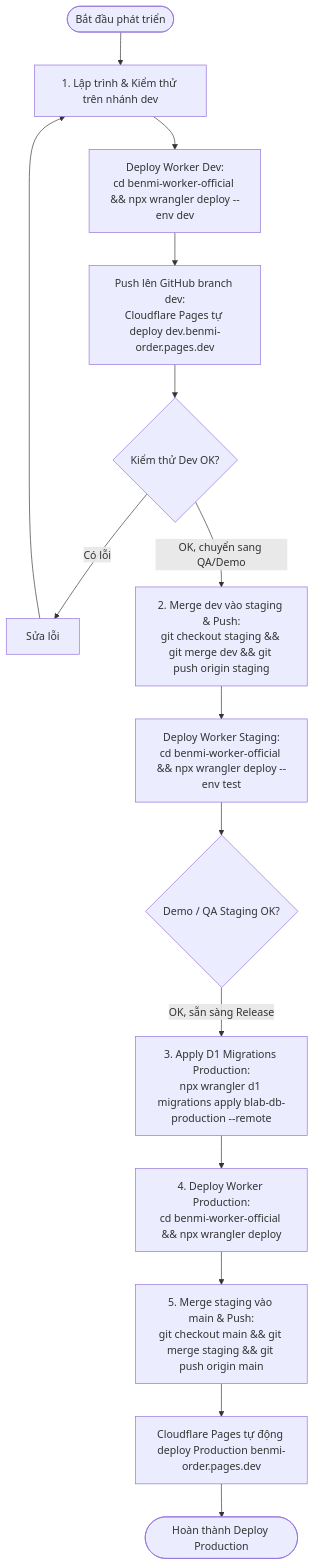
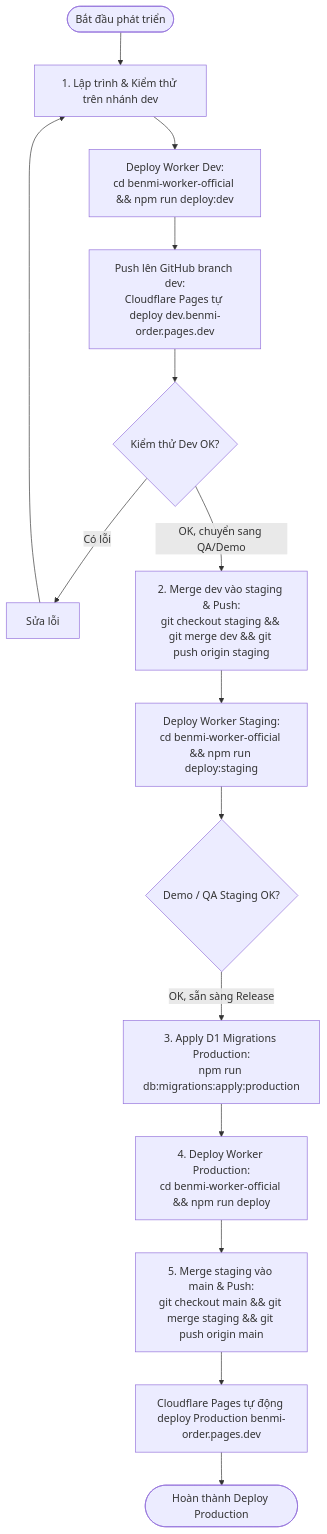
The second of 2 diagrams in README.md (Thuanmai56/benmi-order), drawn with Mermaid before and after one commit. The commit also changed other lines of this file and 14 other files, not shown here.

````diff
--- a/README.md
+++ b/README.md
@@ -82,20 +82,20 @@
 ```mermaid
 flowchart TD
     Start([Bắt đầu phát triển]) --> CodeDev[1. Lập trình & Kiểm thử trên nhánh dev]
-    CodeDev --> DeployDev["Deploy Worker Dev:<br>cd benmi-worker-official && npx wrangler deploy --env dev"]
+    CodeDev --> DeployDev["Deploy Worker Dev:<br>cd benmi-worker-official && npm run deploy:dev"]
     DeployDev --> PushDev["Push lên GitHub branch dev:<br>Cloudflare Pages tự deploy dev.benmi-order.pages.dev"]
     PushDev --> VerifyDev{Kiểm thử Dev OK?}
     
     VerifyDev -- Có lỗi --> FixDev[Sửa lỗi]
     FixDev --> CodeDev
     
     VerifyDev -- OK, chuyển sang QA/Demo --> MergeStaging["2. Merge dev vào staging & Push:<br>git checkout staging && git merge dev && git push origin staging"]
-    MergeStaging --> DeployWorkerStaging["Deploy Worker Staging:<br>cd benmi-worker-official && npx wrangler deploy --env test"]
+    MergeStaging --> DeployWorkerStaging["Deploy Worker Staging:<br>cd benmi-worker-official && npm run deploy:staging"]
     DeployWorkerStaging --> VerifyStaging{Demo / QA Staging OK?}
     
-    VerifyStaging -- OK, sẵn sàng Release --> ApplyD1Prod["3. Apply D1 Migrations Production:<br>npx wrangler d1 migrations apply blab-db-production --remote"]
-    ApplyD1Prod --> DeployWorkerProd["4. Deploy Worker Production:<br>cd benmi-worker-official && npx wrangler deploy"]
+    VerifyStaging -- OK, sẵn sàng Release --> ApplyD1Prod["3. Apply D1 Migrations Production:<br>npm run db:migrations:apply:production"]
+    ApplyD1Prod --> DeployWorkerProd["4. Deploy Worker Production:<br>cd benmi-worker-official && npm run deploy"]
     DeployWorkerProd --> MergeMain["5. Merge staging vào main & Push:<br>git checkout main && git merge staging && git push origin main"]
     MergeMain --> PagesProd["Cloudflare Pages tự động deploy Production benmi-order.pages.dev"]
     PagesProd --> End([Hoàn thành Deploy Production])
 ```
````
